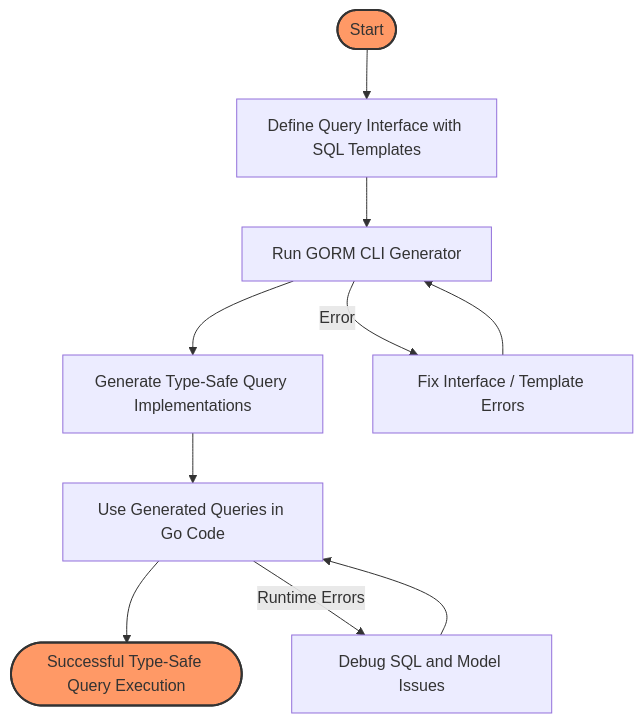
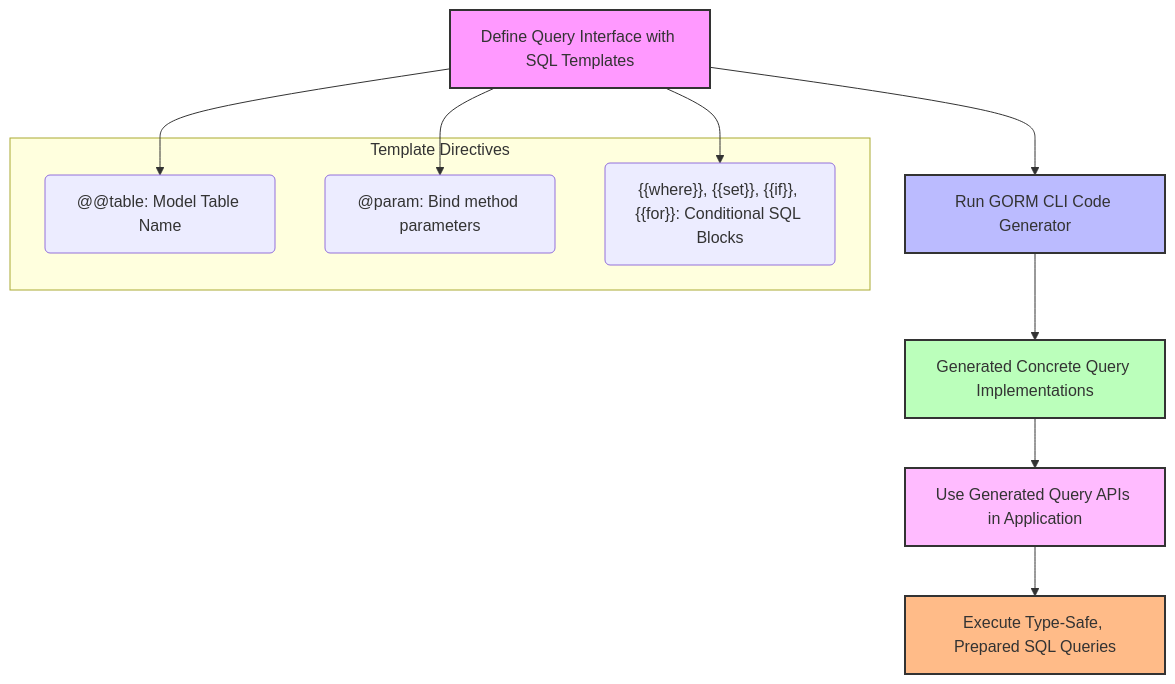
One commit to clidey/docucod-public-project-3a0e48a9-6b86-4d21-a930-072fe9723c66 changed the diagram in guides/core-workflows/type-safe-queries.mdx. Above: the diagram before and after it, drawn with Mermaid. The commit also changed other lines of this file and 24 other files, not shown here.

````diff
--- a/guides/core-workflows/type-safe-queries.mdx
+++ b/guides/core-workflows/type-safe-queries.mdx
@@ -293,17 +244,21 @@
 ```mermaid
 flowchart TD
-  Start([Start]) --> DefineIface["Define Query Interface with SQL Templates"]
-  DefineIface --> RunGen["Run GORM CLI Generator"]
-  RunGen --> GenerateImpl["Generate Type-Safe Query Implementations"]
-  GenerateImpl --> UseCode["Use Generated Queries in Go Code"]
-  UseCode --> Success([Successful Type-Safe Query Execution])
+  A[Define Query Interface with SQL Templates] --> B[Run GORM CLI Code Generator]
+  B --> C[Generated Concrete Query Implementations]
+  C --> D[Use Generated Query APIs in Application]
+  D --> E[Execute Type-Safe, Prepared SQL Queries]
 
-  %% Error paths
-  RunGen -->|Error| FixIface["Fix Interface / Template Errors"]
-  FixIface --> RunGen
-  UseCode -->|Runtime Errors| Debug["Debug SQL and Model Issues"]
-  Debug --> UseCode
+  subgraph Template Directives
+    TD1("@@table: Model Table Name")
+    TD2("@param: Bind method parameters")
+    TD3("{{where}}, {{set}}, {{if}}, {{for}}: Conditional SQL Blocks")
+  end
 
-  classDef startend fill:#f96,stroke:#333,stroke-width:2px;
-  class Start,Success startend;
+  A --> TD1 & TD2 & TD3
+
+  style A fill:#f9f,stroke:#333,stroke-width:2px
+  style B fill:#bbf,stroke:#333,stroke-width:2px
+  style C fill:#bfb,stroke:#333,stroke-width:2px
+  style D fill:#fbf,stroke:#333,stroke-width:2px
+  style E fill:#fb8,stroke:#333,stroke-width:2px
 ```
````
